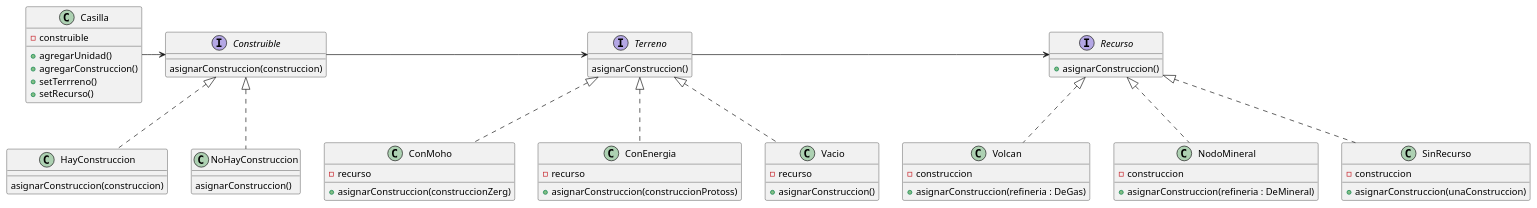
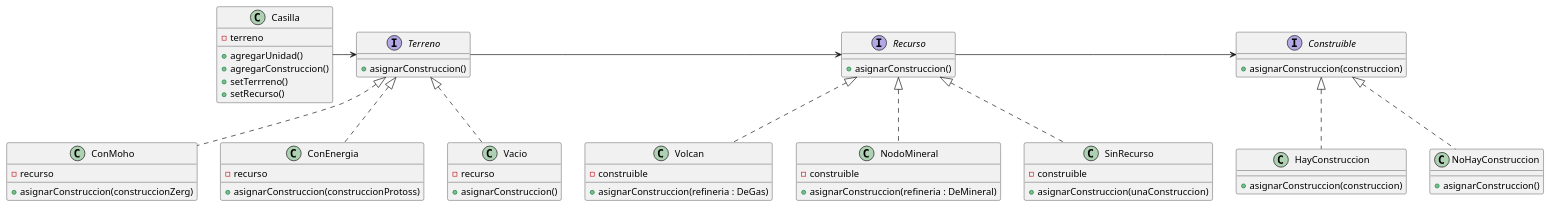
The diagram in diagrams/classes/Modelo3/ModeloCasilla.puml (GiaWong/Algo3_TP2_2C2022), drawn with PlantUML before and after one commit. The commit also changed 1 other file, not shown here.

Commit message:
Actualizacion del modelo de Unidades y posible cambio de Casilla.

```diff
--- a/diagrams/classes/Modelo3/ModeloCasilla.puml
+++ b/diagrams/classes/Modelo3/ModeloCasilla.puml
@@ -1,77 +1,77 @@
 @startuml
 'https://plantuml.com/class-diagram
 
 class Casilla {
-    - construible
+    - terreno
 
     + agregarUnidad()
     + agregarConstruccion()
     + setTerrreno()
     + setRecurso()
 }
 
 interface Construible {
-    asignarConstruccion(construccion)
+    +asignarConstruccion(construccion)
 }
 
 class HayConstruccion {
-    asignarConstruccion(construccion)
+    +asignarConstruccion(construccion)
 }
 
 class NoHayConstruccion {
-    asignarConstruccion()
+    +asignarConstruccion()
 }
 
 interface Terreno {
-    asignarConstruccion()
+    +asignarConstruccion()
 }
 
 class ConMoho {
     -recurso
     +asignarConstruccion(construccionZerg)
 }
 
 class ConEnergia {
     -recurso
     +asignarConstruccion(construccionProtoss)
 }
 
 class Vacio {
     -recurso
     +asignarConstruccion()
 }
 
 interface Recurso {
     +asignarConstruccion()
 }
 
 class Volcan {
-    -construccion
+    -construible
     +asignarConstruccion(refineria : DeGas)
 }
 
 class NodoMineral {
-    -construccion
+    -construible
     +asignarConstruccion(refineria : DeMineral)
 }
 
 class SinRecurso {
-    -construccion
+    -construible
     +asignarConstruccion(unaConstruccion)
 }
 
-Casilla -> Construible
+Casilla -> Terreno
 Construible <|.. HayConstruccion
 Construible <|.. NoHayConstruccion
 
-Construible -> Terreno
+Terreno -> Recurso
 Terreno <|.. ConEnergia
 Terreno <|.. ConMoho
 Terreno <|.. Vacio
 
-Terreno -> Recurso
+Recurso -> Construible
 Recurso <|.. Volcan
 Recurso <|.. NodoMineral
 Recurso <|.. SinRecurso
 
 @enduml
```
